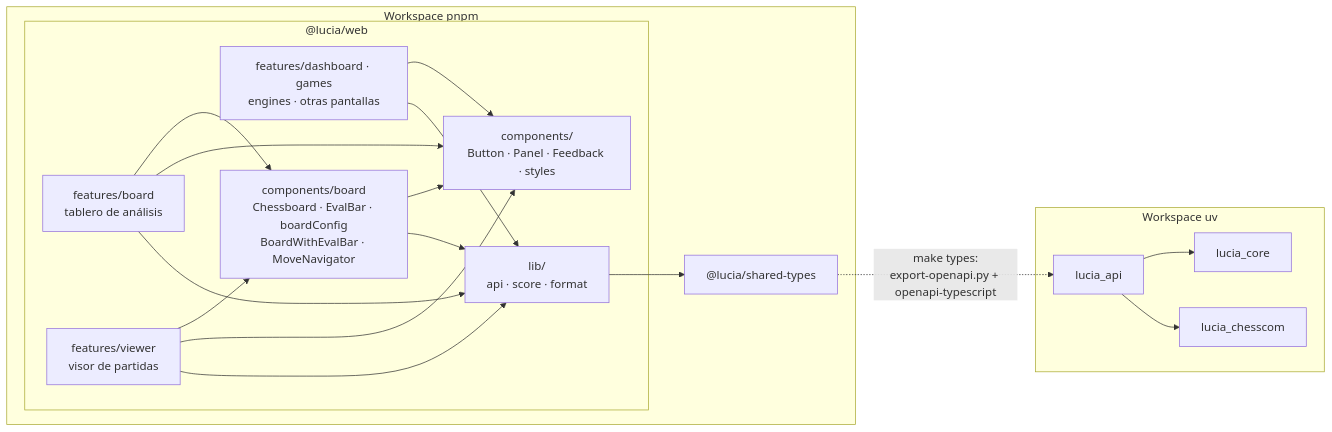
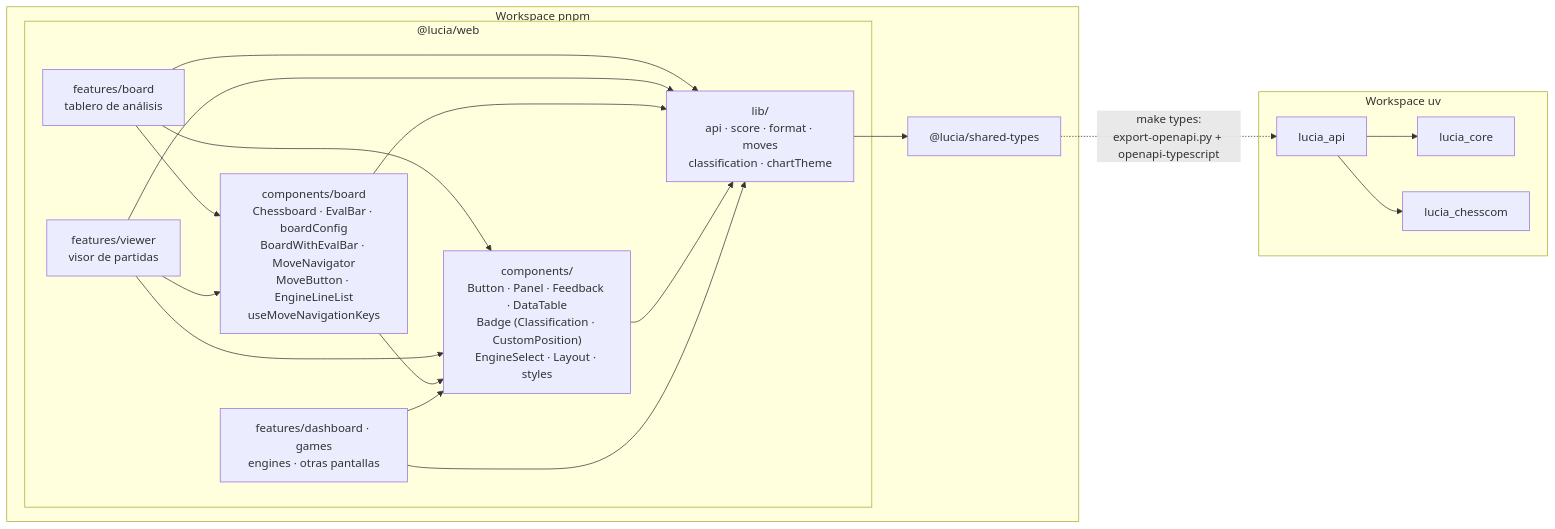
The second of 6 diagrams in docs/06-mapa-del-proyecto.md (SirJsus/LUCIA), drawn with Mermaid before and after one commit. The commit also changed other lines of this file and 54 other files, not shown here.

````diff
--- a/docs/06-mapa-del-proyecto.md
+++ b/docs/06-mapa-del-proyecto.md
@@ -68,35 +68,36 @@
 ```mermaid
 graph LR
     subgraph JS["Workspace pnpm"]
         subgraph WEB["@lucia/web"]
             board["features/board<br/>tablero de análisis"]
             viewer["features/viewer<br/>visor de partidas"]
             screens["features/dashboard · games<br/>engines · otras pantallas"]
-            boardui["components/board<br/>Chessboard · EvalBar · boardConfig<br/>BoardWithEvalBar · MoveNavigator"]
-            ui["components/<br/>Button · Panel · Feedback · styles"]
-            lib["lib/<br/>api · score · format"]
+            boardui["components/board<br/>Chessboard · EvalBar · boardConfig<br/>BoardWithEvalBar · MoveNavigator<br/>MoveButton · EngineLineList<br/>useMoveNavigationKeys"]
+            ui["components/<br/>Button · Panel · Feedback · DataTable<br/>Badge (Classification · CustomPosition)<br/>EngineSelect · Layout · styles"]
+            lib["lib/<br/>api · score · format · moves<br/>classification · chartTheme"]
         end
         types["@lucia/shared-types"]
     end
 
     subgraph PY["Workspace uv"]
         api["lucia_api"]
         core["lucia_core"]
         chesscom["lucia_chesscom"]
     end
 
     board --> boardui
     viewer --> boardui
     board --> ui
     viewer --> ui
     boardui --> ui
     screens --> ui
     board --> lib
     viewer --> lib
     boardui --> lib
+    ui --> lib
     screens --> lib
     lib --> types
     api --> core
     api --> chesscom
     types -. "make types:<br/>export-openapi.py + openapi-typescript" .-> api
 ```
````
